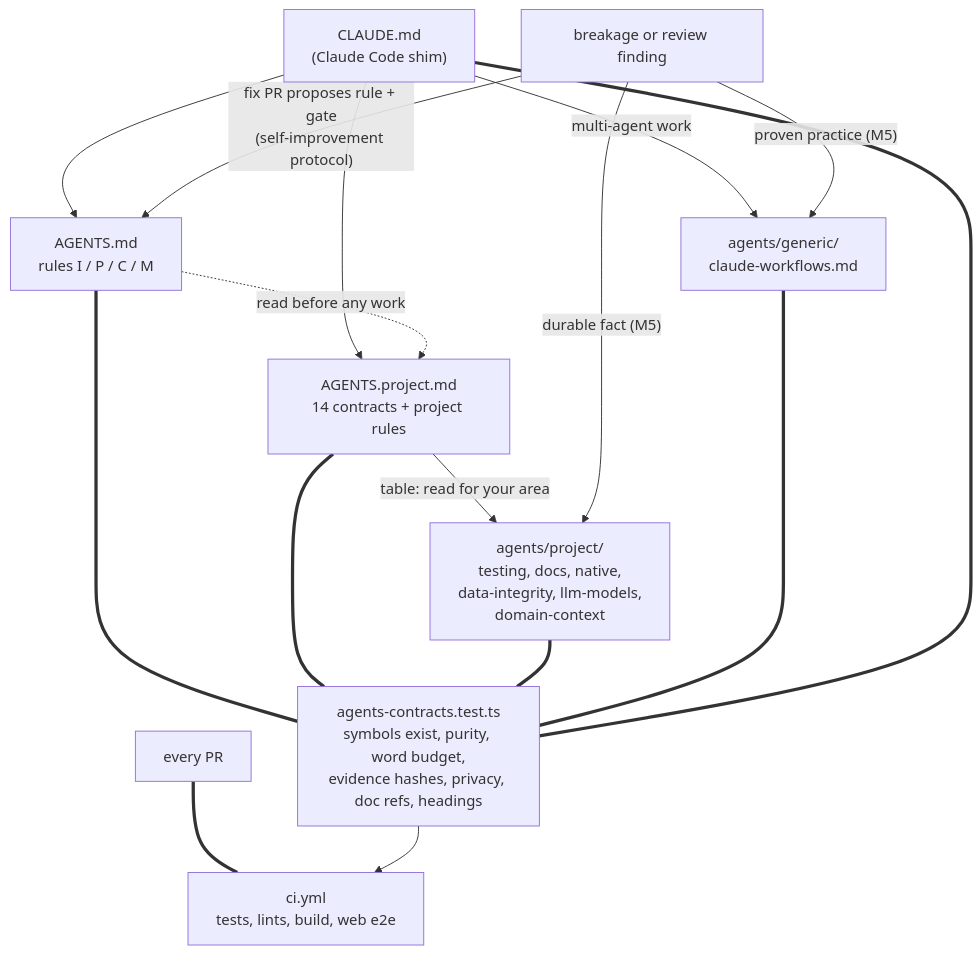
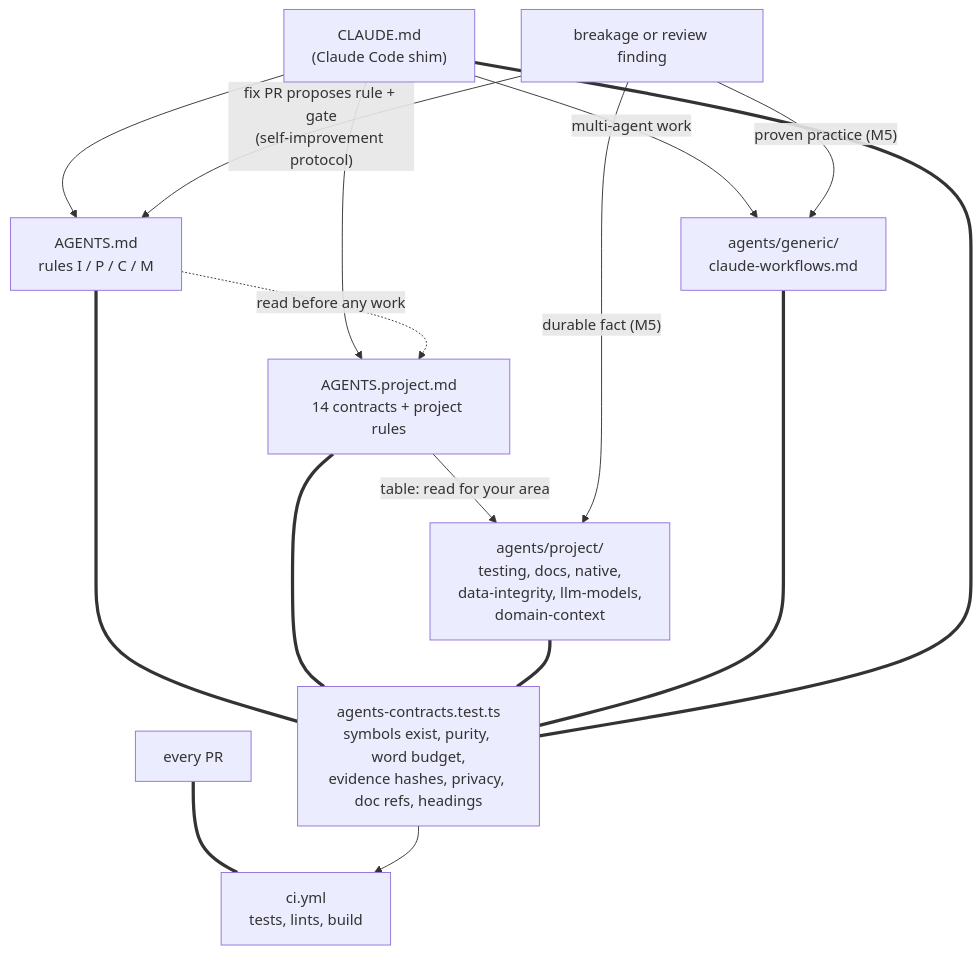
The diagram in docs/developer-guide/14-agent-development-model.rst (ZoneMinder/zmNinjaNG), drawn with Mermaid before and after one commit. The commit also changed other lines of this file and 2 other files, not shown here.

```diff
--- a/docs/developer-guide/14-agent-development-model.rst
+++ b/docs/developer-guide/14-agent-development-model.rst
@@ -299,18 +299,18 @@
 .. mermaid::
 
    graph TD
      CL["CLAUDE.md<br/>(Claude Code shim)"] --> AG["AGENTS.md<br/>rules I / P / C / M"]
      CL --> AP["AGENTS.project.md<br/>14 contracts + project rules"]
      AG -. "read before any work" .-> AP
      AP -- "table: read for your area" --> PP["agents/project/<br/>testing, docs, native,<br/>data-integrity, llm-models,<br/>domain-context"]
      CL -- "multi-agent work" --> GP["agents/generic/<br/>claude-workflows.md"]
      AG === GATE["agents-contracts.test.ts<br/>symbols exist, purity, word budget,<br/>evidence hashes, privacy, doc refs, headings"]
      AP === GATE
      PP === GATE
      GP === GATE
      CL === GATE
-     PR["every PR"] === CI["ci.yml<br/>tests, lints, build, web e2e"]
+     PR["every PR"] === CI["ci.yml<br/>tests, lints, build"]
      GATE --> CI
      FAIL["breakage or review finding"] -- "fix PR proposes rule + gate<br/>(self-improvement protocol)" --> AG
      FAIL -- "durable fact (M5)" --> PP
      FAIL -- "proven practice (M5)" --> GP
```
